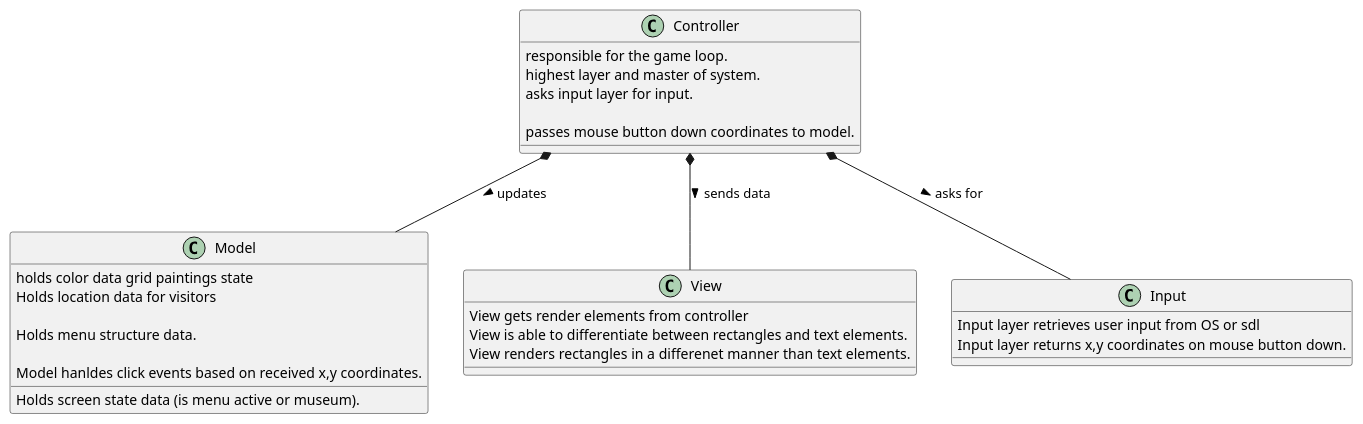
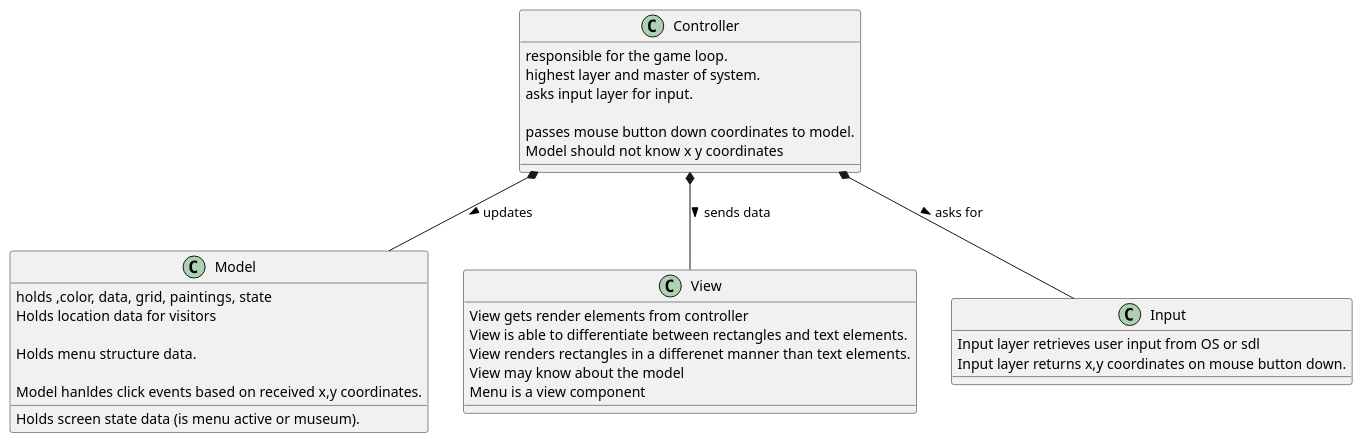
One commit to heavydragon99/AlgaDepa_Assesment changed the diagram in architecture.puml. Above: the diagram before and after it, drawn with PlantUML.

Commit message:
Notes van docent erbij

```diff
--- a/architecture.puml
+++ b/architecture.puml
@@ -1,36 +1,39 @@
 @startuml
 class Controller{
     responsible for the game loop.
     highest layer and master of system.
     asks input layer for input.
 
     passes mouse button down coordinates to model.
+    Model should not know x y coordinates
 }
 
 class Model{
-    holds color data grid paintings state
+    holds ,color, data, grid, paintings, state
     Holds location data for visitors
 
     Holds menu structure data.
     Holds screen state data (is menu active or museum).
 
     Model hanldes click events based on received x,y coordinates.
 }
 
 class View{
     View gets render elements from controller
     View is able to differentiate between rectangles and text elements.
     View renders rectangles in a differenet manner than text elements.
+    View may know about the model
+    Menu is a view component
 }
 
 class Input{
     Input layer retrieves user input from OS or sdl
     Input layer returns x,y coordinates on mouse button down.
 
 }
 
 Controller *-- Model : updates > 
 Controller *-- View : sends data >
 Controller *-- Input : asks for >
 
 @enduml
```
